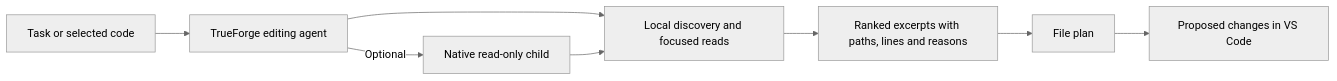
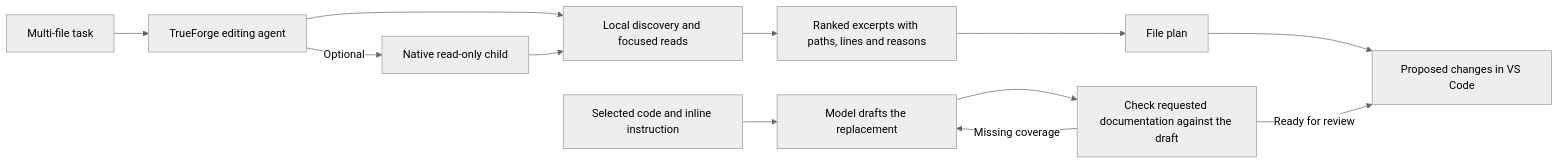
Before and after one commit to aceholland/forgelens: the first of 2 diagrams in README.md, drawn with Mermaid (neutral theme). The commit also changed other lines of this file and 7 other files, not shown here.

Commit message:
Hold incomplete inline documentation privately for a source-grounded revision

````diff
--- a/README.md
+++ b/README.md
@@ -105,10 +116,14 @@
 ```mermaid
 flowchart LR
-    Task["Task or selected code"] --> Parent["TrueForge editing agent"]
+    Task["Multi-file task"] --> Parent["TrueForge editing agent"]
     Parent --> Search["Local discovery and focused reads"]
     Parent -->|Optional| Scout["Native read-only child"]
     Scout --> Search
     Search --> Clips["Ranked excerpts with paths, lines and reasons"]
     Clips --> Plan["File plan"]
     Plan --> Review["Proposed changes in VS Code"]
+    Selection["Selected code and inline instruction"] --> Draft["Model drafts the replacement"]
+    Draft --> Check["Check requested documentation against the draft"]
+    Check -->|Missing coverage| Draft
+    Check -->|Ready for review| Review
 ```
````
